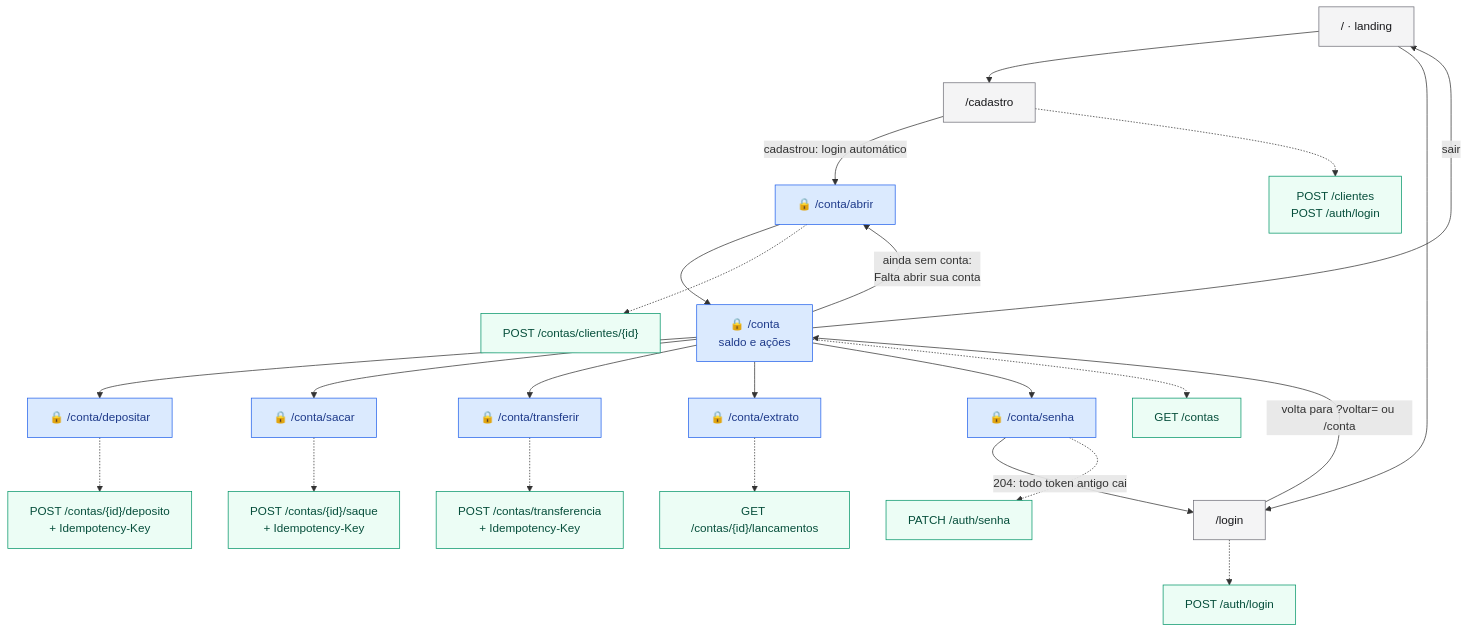
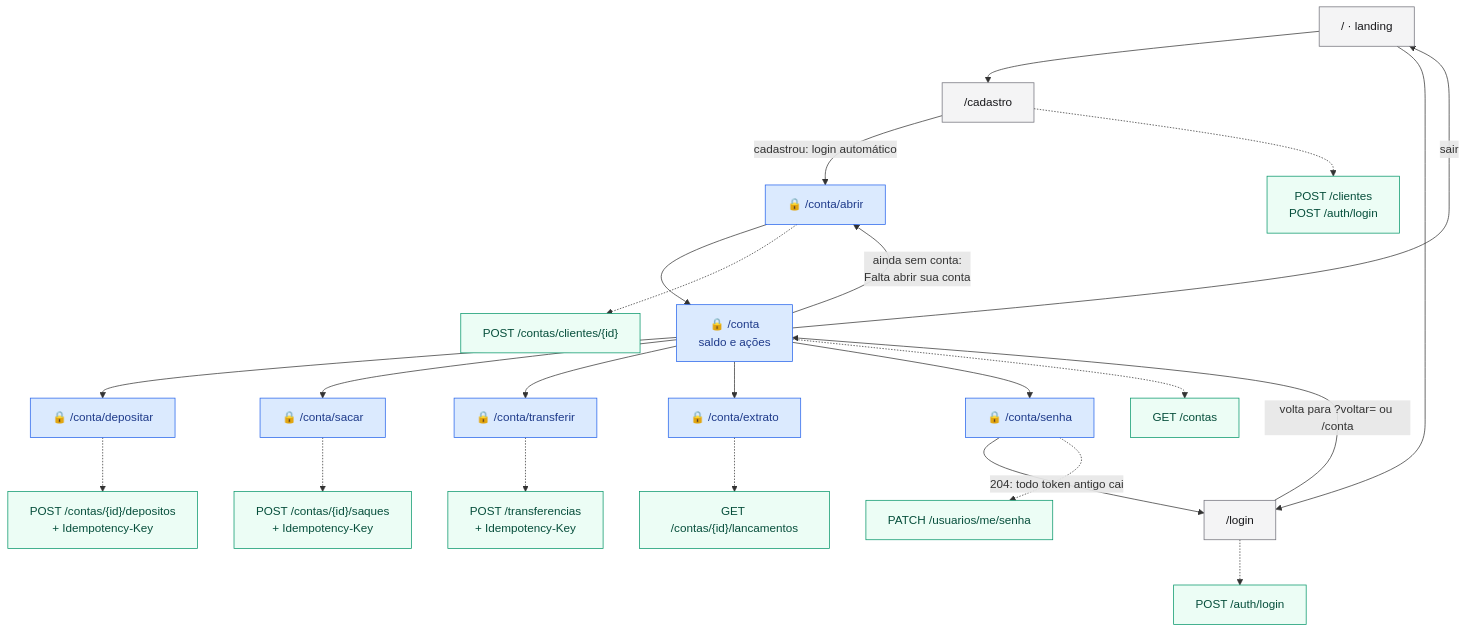
Before and after one commit to k3vinrich4rd/rkf_bank: the second of 10 diagrams in FLUXOS.md, drawn with Mermaid. The commit also changed other lines of this file and 12 other files, not shown here.

````diff
--- a/FLUXOS.md
+++ b/FLUXOS.md
@@ -51,30 +51,30 @@
 ```mermaid
 flowchart TB
     classDef publica fill:#f4f4f5,stroke:#71717a,color:#18181b
     classDef privada fill:#dbeafe,stroke:#2563eb,color:#1e3a8a
     classDef api fill:#ecfdf5,stroke:#059669,color:#064e3b
 
     L["/ · landing"]:::publica --> CAD["/cadastro"]:::publica
     L --> LOG["/login"]:::publica
     CAD -->|"cadastrou: login automático"| ABR["🔒 /conta/abrir"]:::privada
     LOG -->|"volta para ?voltar= ou /conta"| CONTA["🔒 /conta<br/>saldo e ações"]:::privada
     CONTA -->|"ainda sem conta:<br/>Falta abrir sua conta"| ABR
     ABR --> CONTA
     CONTA --> DEP["🔒 /conta/depositar"]:::privada
     CONTA --> SAQ["🔒 /conta/sacar"]:::privada
     CONTA --> TRF["🔒 /conta/transferir"]:::privada
     CONTA --> EXT["🔒 /conta/extrato"]:::privada
     CONTA --> SEN["🔒 /conta/senha"]:::privada
     SEN -->|"204: todo token antigo cai"| LOG
     CONTA -->|"sair"| L
 
     CAD -.-> A1["POST /clientes<br/>POST /auth/login"]:::api
     LOG -.-> A2["POST /auth/login"]:::api
     ABR -.-> A3["POST /contas/clientes/{id}"]:::api
     CONTA -.-> A4["GET /contas"]:::api
-    DEP -.-> A5["POST /contas/{id}/deposito<br/>+ Idempotency-Key"]:::api
-    SAQ -.-> A6["POST /contas/{id}/saque<br/>+ Idempotency-Key"]:::api
-    TRF -.-> A7["POST /contas/transferencia<br/>+ Idempotency-Key"]:::api
+    DEP -.-> A5["POST /contas/{id}/depositos<br/>+ Idempotency-Key"]:::api
+    SAQ -.-> A6["POST /contas/{id}/saques<br/>+ Idempotency-Key"]:::api
+    TRF -.-> A7["POST /transferencias<br/>+ Idempotency-Key"]:::api
     EXT -.-> A8["GET /contas/{id}/lancamentos"]:::api
-    SEN -.-> A9["PATCH /auth/senha"]:::api
+    SEN -.-> A9["PATCH /usuarios/me/senha"]:::api
 ```
````
